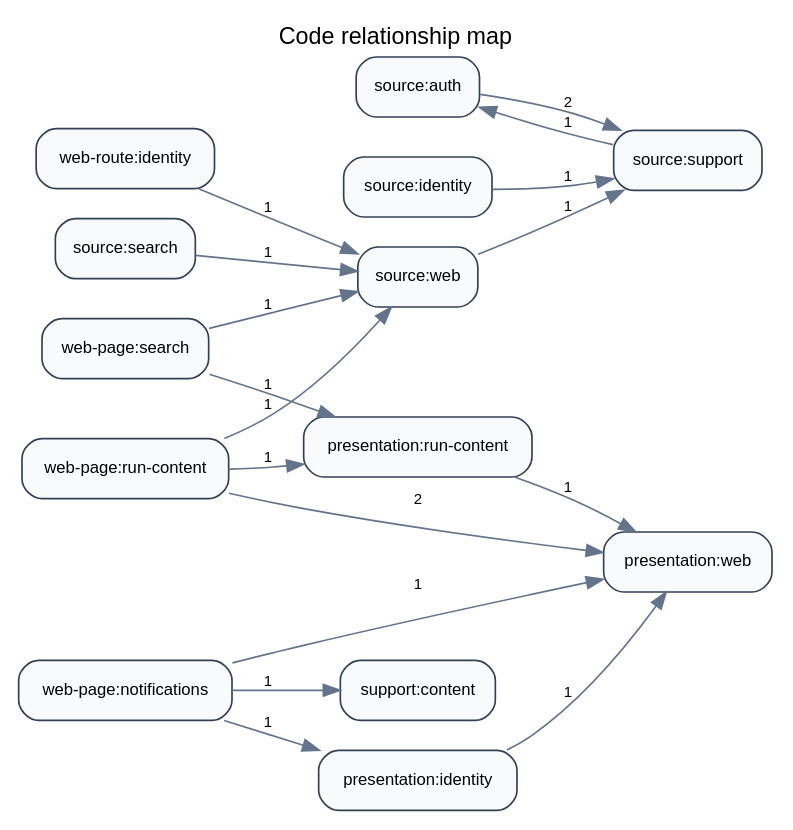
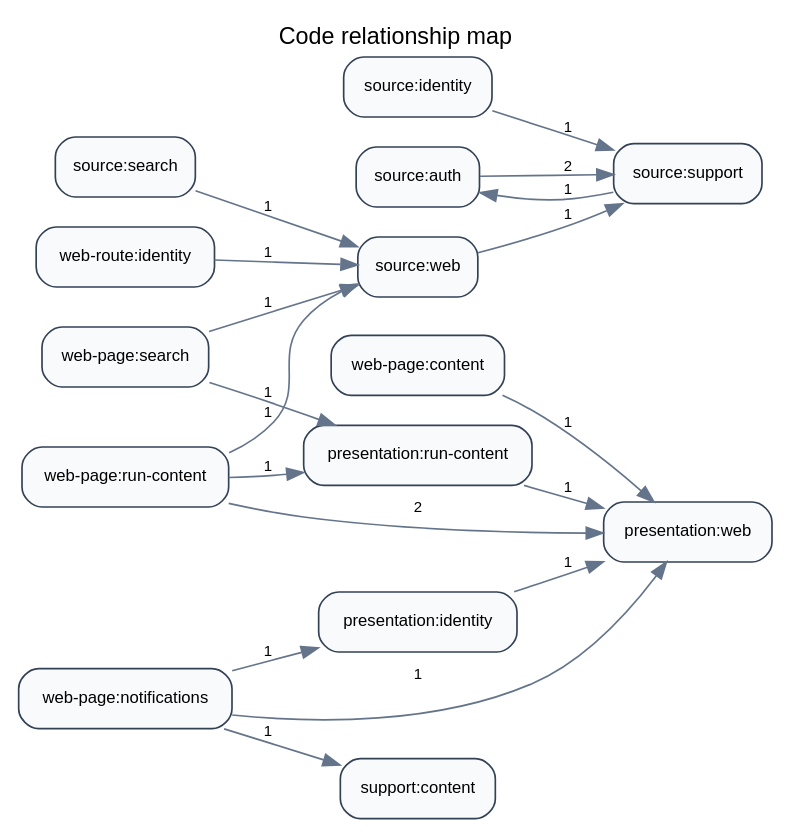
Before and after one commit to strataga/whatagoodealtx: the diagram in docs/architecture/code-map.dot, drawn with Graphviz. The commit also changed 3 other files, not shown here.

```diff
--- a/docs/architecture/code-map.dot
+++ b/docs/architecture/code-map.dot
@@ -1,22 +1,23 @@
 digraph CodeMap {
   rankdir=LR;
   graph [fontname="Helvetica", labelloc="t", label="Code relationship map"];
   node [shape=box, style="rounded,filled", fillcolor="#f8fafc", color="#334155", fontname="Helvetica", fontsize=10];
   edge [color="#64748b", fontname="Helvetica", fontsize=9];
   "source:auth" -> "source:support" [label="2"];
   "web-page:run-content" -> "presentation:web" [label="2"];
   "presentation:identity" -> "presentation:web" [label="1"];
   "presentation:run-content" -> "presentation:web" [label="1"];
   "source:identity" -> "source:support" [label="1"];
   "source:search" -> "source:web" [label="1"];
   "source:support" -> "source:auth" [label="1"];
   "source:web" -> "source:support" [label="1"];
+  "web-page:content" -> "presentation:web" [label="1"];
   "web-page:notifications" -> "presentation:identity" [label="1"];
   "web-page:notifications" -> "presentation:web" [label="1"];
   "web-page:notifications" -> "support:content" [label="1"];
   "web-page:run-content" -> "presentation:run-content" [label="1"];
   "web-page:run-content" -> "source:web" [label="1"];
   "web-page:search" -> "presentation:run-content" [label="1"];
   "web-page:search" -> "source:web" [label="1"];
   "web-route:identity" -> "source:web" [label="1"];
 }
```
